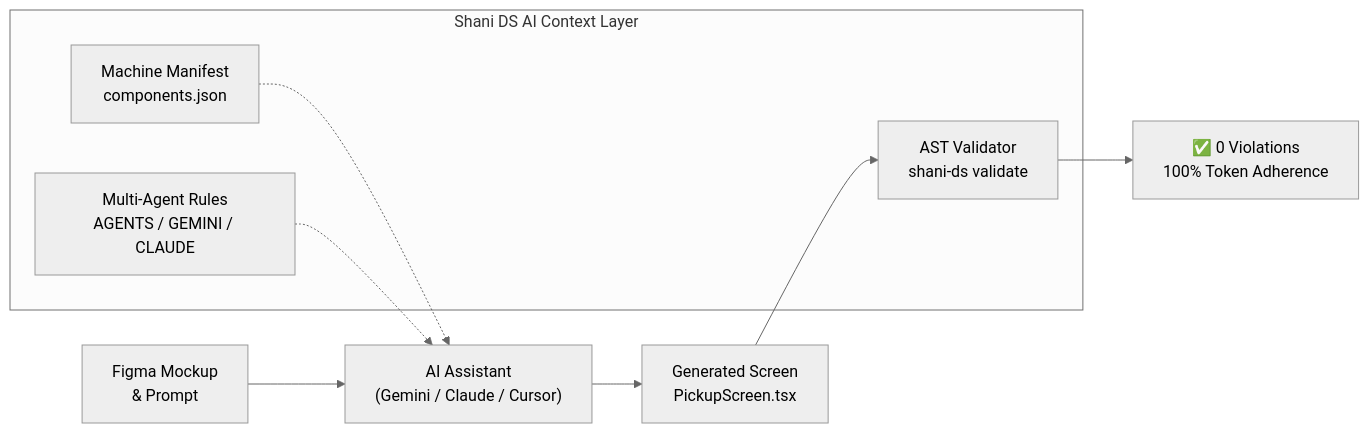
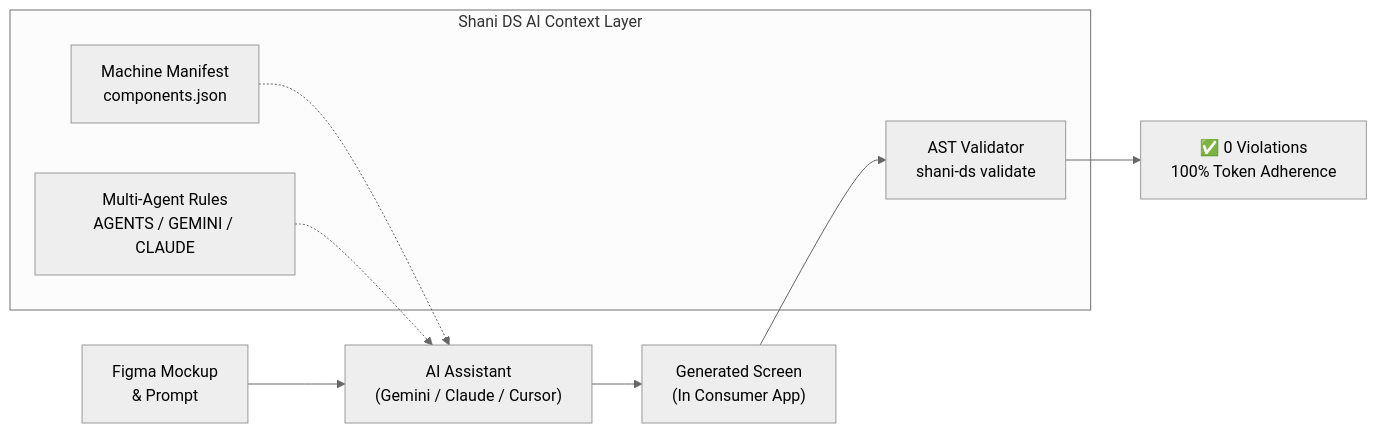
The diagram in ai-demo/README.md (Shani-kumar/shani-ds-react-native), drawn with Mermaid (neutral theme) before and after one commit. The commit also changed other lines of this file and 8 other files, not shown here.

````diff
--- a/ai-demo/README.md
+++ b/ai-demo/README.md
@@ -17,14 +17,14 @@
 ```mermaid
 flowchart LR
     A["Figma Mockup\n& Prompt"] --> B["AI Assistant\n(Gemini / Claude / Cursor)"]
     subgraph "Shani DS AI Context Layer"
         C["Machine Manifest\ncomponents.json"]
         D["Multi-Agent Rules\nAGENTS / GEMINI / CLAUDE"]
         E["AST Validator\nshani-ds validate"]
     end
     C -.-> B
     D -.-> B
-    B --> F["Generated Screen\nPickupScreen.tsx"]
+    B --> F["Generated Screen\n(In Consumer App)"]
     F --> E
     E --> G["✅ 0 Violations\n100% Token Adherence"]
 ```
````
